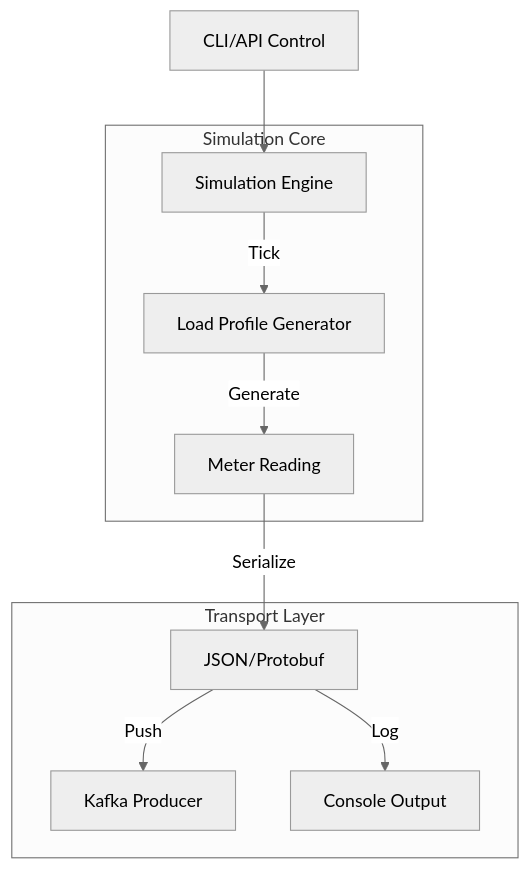
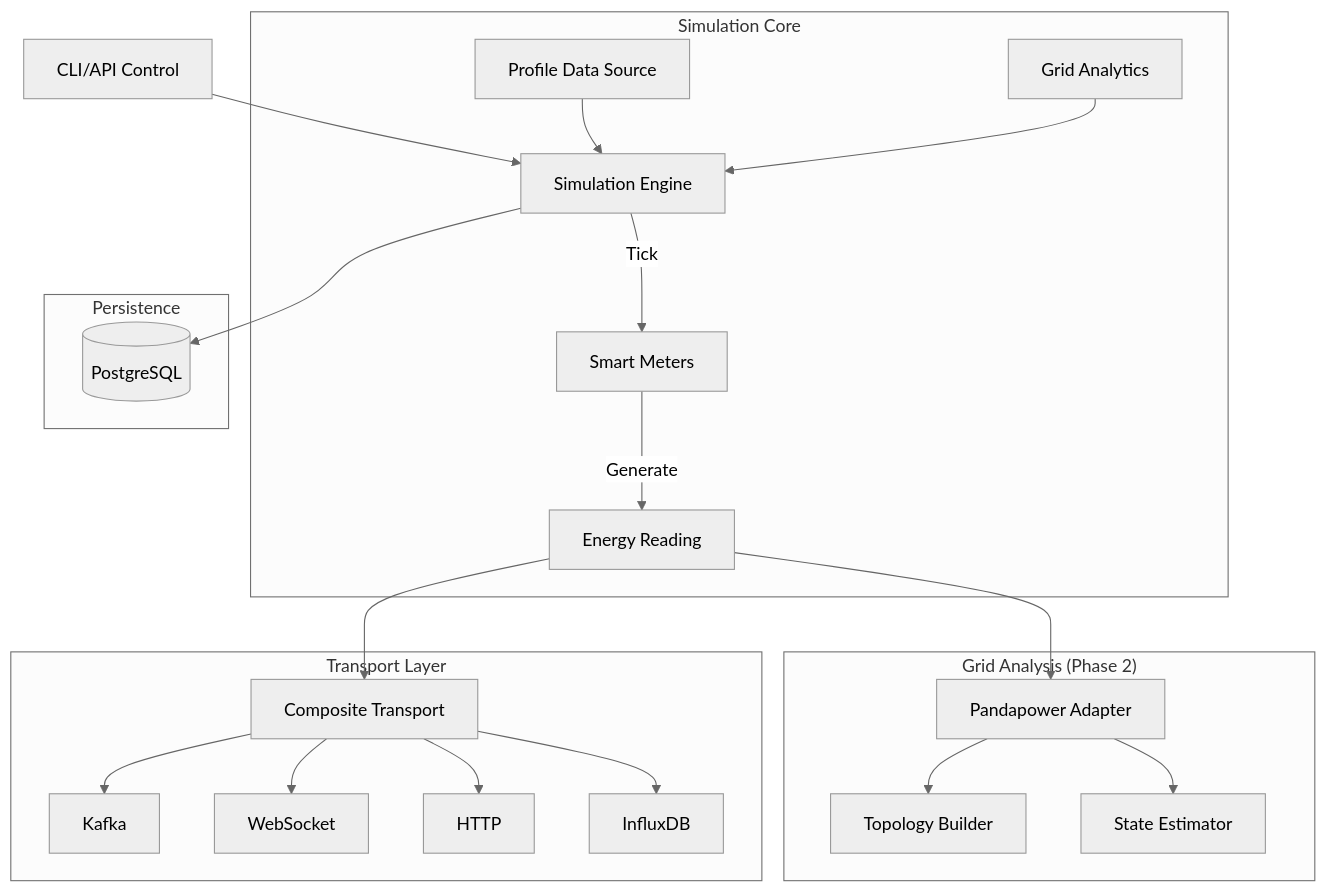
Before and after one commit to NakaSato/gridtokenx-smartmeter-simulator: the diagram in docs/core.md, drawn with Mermaid (neutral theme). The commit also changed other lines of this file and 19 other files, not shown here.

Commit message:
feat: Introduce auction bidding functionality with improved HTTP transport reliability, comprehensive documentation, and an end-to-end trading flow test.

````diff
--- a/docs/core.md
+++ b/docs/core.md
@@ -9,15 +11,29 @@
 ```mermaid
 graph TD
     CLI[CLI/API Control] --> Engine[Simulation Engine]
     
     subgraph "Simulation Core"
-        Engine -->|Tick| Profile[Load Profile Generator]
-        Profile -->|Generate| Reading[Meter Reading]
+        Engine -->|Tick| Meter[Smart Meters]
+        Meter -->|Generate| Reading[Energy Reading]
+        DataSource[Profile Data Source] --> Engine
+        Analytics[Grid Analytics] --> Engine
+    end
+    
+    subgraph "Grid Analysis (Phase 2)"
+        Reading --> Adapter[Pandapower Adapter]
+        Adapter --> TopologyBuilder[Topology Builder]
+        Adapter --> StateEstimator[State Estimator]
     end
     
     subgraph "Transport Layer"
-        Reading -->|Serialize| Protocol[JSON/Protobuf]
-        Protocol -->|Push| Kafka[Kafka Producer]
-        Protocol -->|Log| Console[Console Output]
+        Reading --> Composite[Composite Transport]
+        Composite --> Kafka[Kafka]
+        Composite --> WS[WebSocket]
+        Composite --> HTTP[HTTP]
+        Composite --> InfluxDB[InfluxDB]
+    end
+    
+    subgraph "Persistence"
+        Engine --> DB[(PostgreSQL)]
     end
 ```
````
